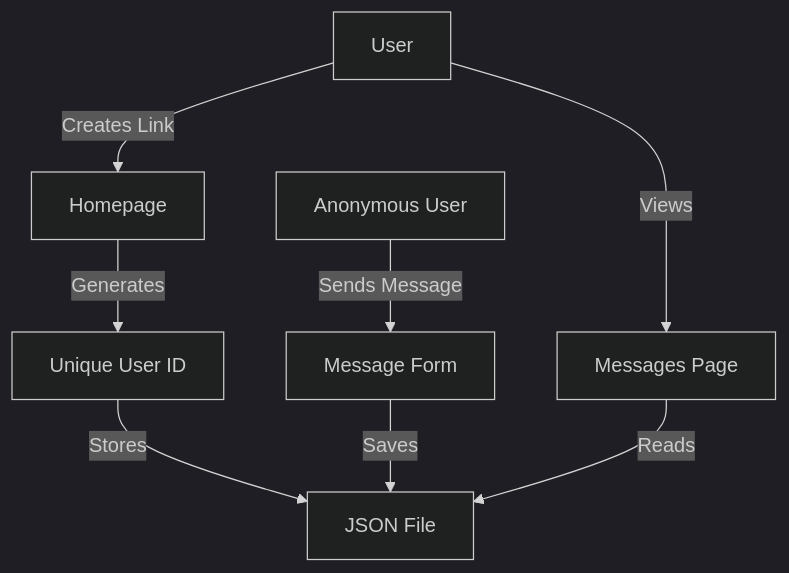
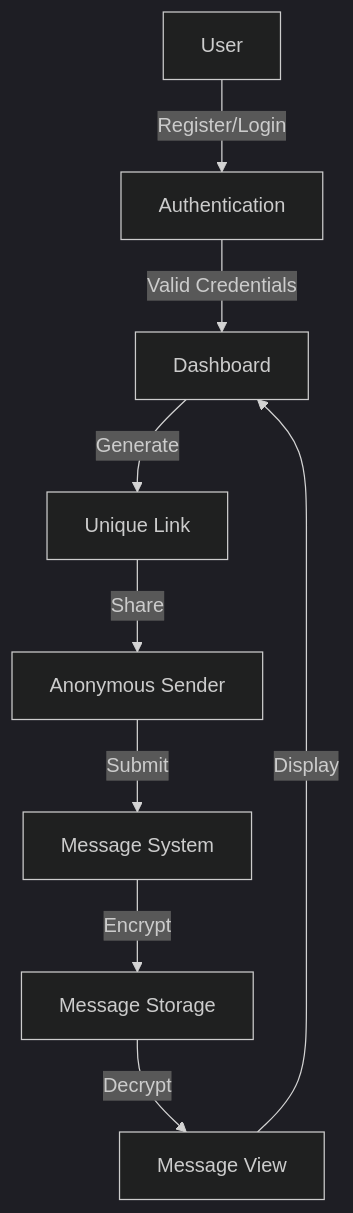
The diagram in README.md (parvej-mosaraf/anonymous-messages), drawn with Mermaid (dark theme) before and after one commit. The commit also changed other lines of this file and 6 other files, not shown here.

First line of the commit message:
feat: Implement secure anonymous messaging system

````diff
--- a/README.md
+++ b/README.md
@@ -17,10 +29,11 @@
 ```mermaid
 graph TD
-    A[User] -->|Creates Link| B[Homepage]
-    B -->|Generates| C[Unique User ID]
-    C -->|Stores| D[JSON File]
-    E[Anonymous User] -->|Sends Message| F[Message Form]
-    F -->|Saves| D
-    A -->|Views| G[Messages Page]
-    G -->|Reads| D
+    A[User] -->|Register/Login| B[Authentication]
+    B -->|Valid Credentials| C[Dashboard]
+    C -->|Generate| D[Unique Link]
+    D -->|Share| E[Anonymous Sender]
+    E -->|Submit| F[Message System]
+    F -->|Encrypt| G[Message Storage]
+    G -->|Decrypt| H[Message View]
+    H -->|Display| C
 ```
````
